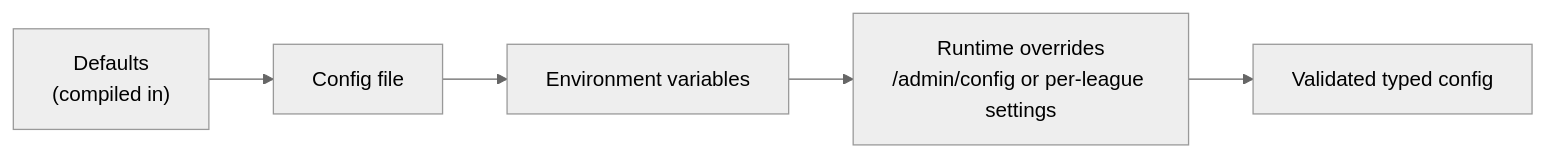
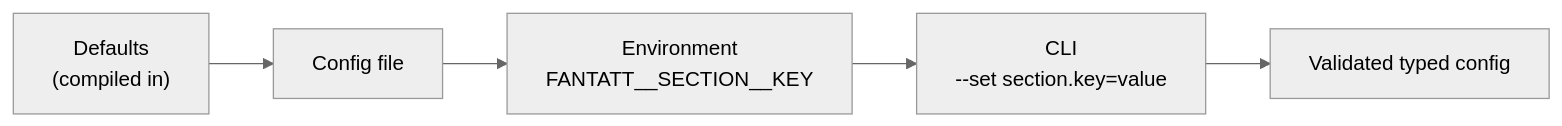
One commit to SamueleFacenda/fantatt changed the diagram in docs/12-configuration.md. Above: the diagram before and after it, drawn with Mermaid (neutral theme). The commit also changed other lines of this file, not shown here.

First line of the commit message:
docs(config): describe the implemented configuration sections

````diff
--- a/docs/12-configuration.md
+++ b/docs/12-configuration.md
@@ -8,7 +8,7 @@
 ```mermaid
 flowchart LR
     A["Defaults<br/>(compiled in)"] --> B["Config file"]
-    B --> C["Environment variables"]
-    C --> D["Runtime overrides<br/>/admin/config or per-league settings"]
+    B --> C["Environment<br/>FANTATT__SECTION__KEY"]
+    C --> D["CLI<br/>--set section.key=value"]
     D --> E["Validated typed config"]
 ```
````
